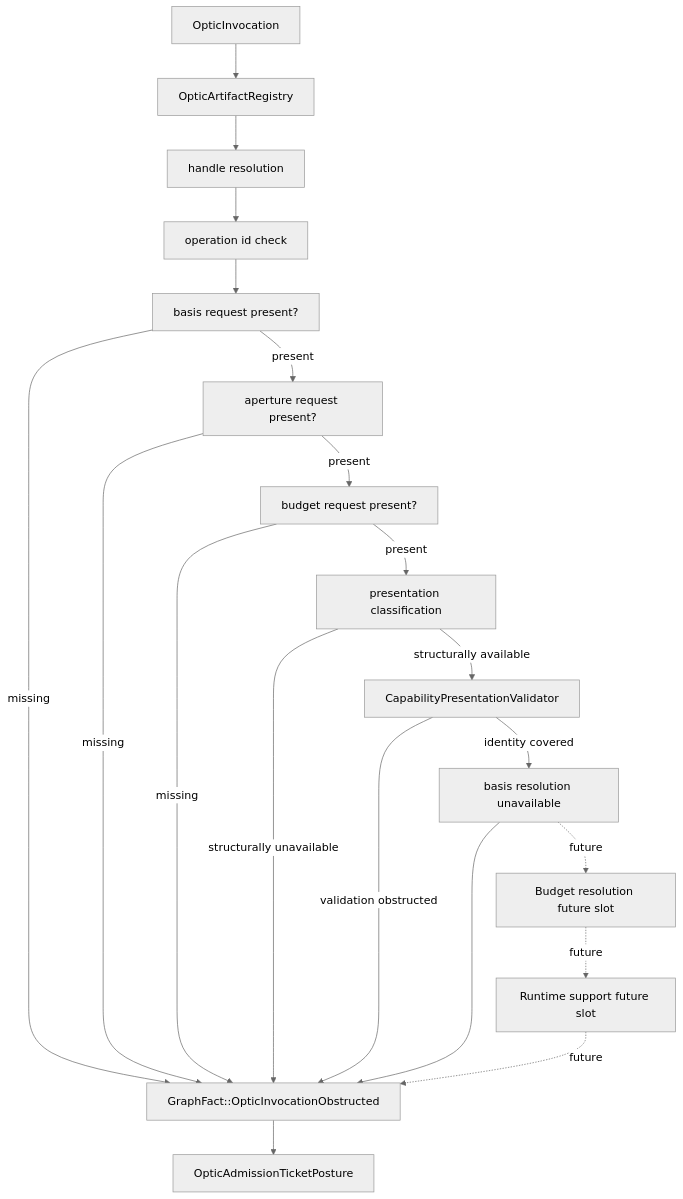
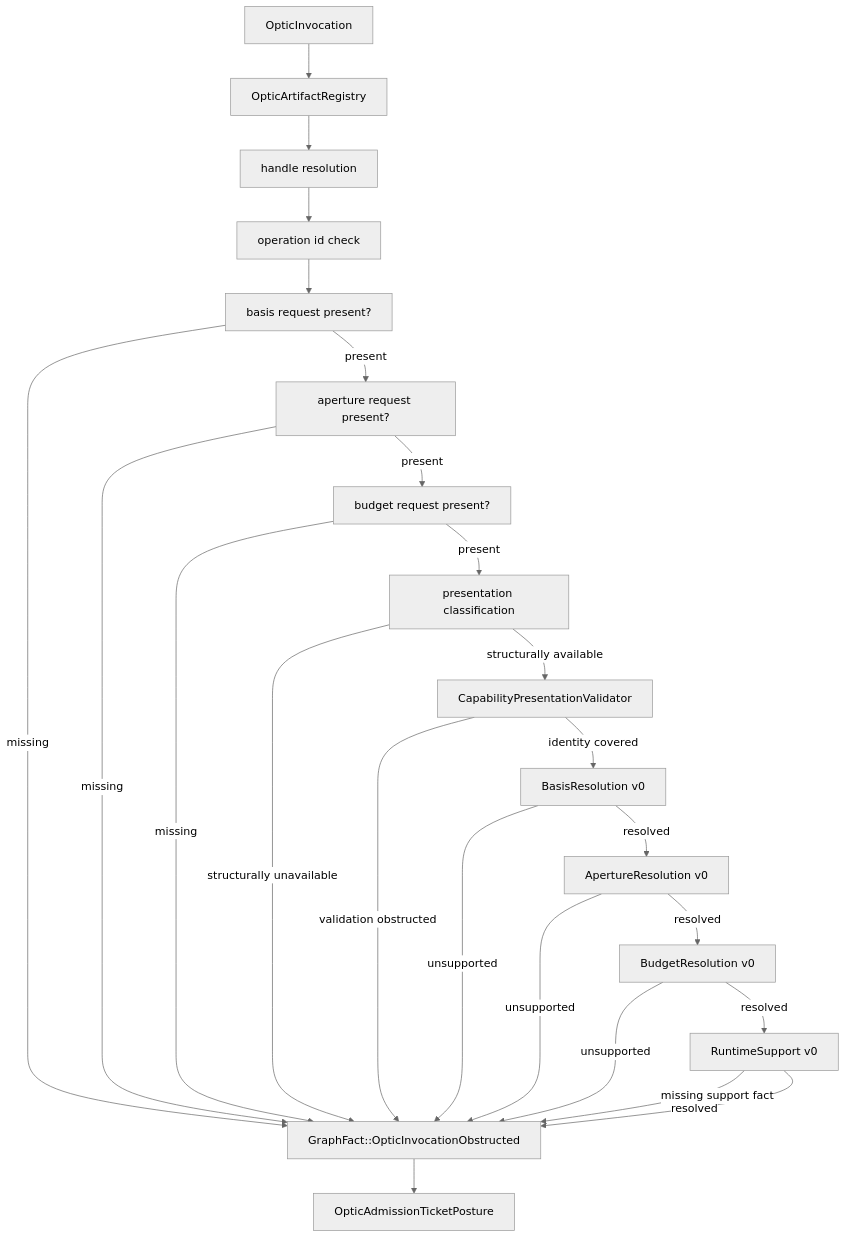
One commit to flyingrobots/echo changed the first of 4 diagrams in docs/design/budget-and-runtime-support-optic-admission.md. Above: the diagram before and after it, drawn with Mermaid (neutral theme). The commit also changed other lines of this file, not shown here.

Commit message:
docs: update budget and runtime support admission checkpoint

````diff
--- a/docs/design/budget-and-runtime-support-optic-admission.md
+++ b/docs/design/budget-and-runtime-support-optic-admission.md
@@ -72,37 +75,42 @@
 ```mermaid
 flowchart TD
   Invocation[OpticInvocation]
   Registry[OpticArtifactRegistry]
   Handle[handle resolution]
   Operation[operation id check]
   BasisPresence[basis request present?]
   AperturePresence[aperture request present?]
   BudgetPresence[budget request present?]
   Presentation[presentation classification]
   Validator[CapabilityPresentationValidator]
-  BasisResolution[basis resolution unavailable]
-  FutureBudget[Budget resolution future slot]
-  FutureSupport[Runtime support future slot]
+  BasisResolution[BasisResolution v0]
+  ApertureResolution[ApertureResolution v0]
+  BudgetResolution[BudgetResolution v0]
+  RuntimeSupport[RuntimeSupport v0]
   Fact[GraphFact::OpticInvocationObstructed]
   Posture[OpticAdmissionTicketPosture]
 
   Invocation --> Registry
   Registry --> Handle
   Handle --> Operation
   Operation --> BasisPresence
   BasisPresence -->|missing| Fact
   BasisPresence -->|present| AperturePresence
   AperturePresence -->|missing| Fact
   AperturePresence -->|present| BudgetPresence
   BudgetPresence -->|missing| Fact
   BudgetPresence -->|present| Presentation
   Presentation -->|structurally unavailable| Fact
   Presentation -->|structurally available| Validator
   Validator -->|identity covered| BasisResolution
   Validator -->|validation obstructed| Fact
-  BasisResolution --> Fact
-  BasisResolution -. future .-> FutureBudget
-  FutureBudget -. future .-> FutureSupport
-  FutureSupport -. future .-> Fact
+  BasisResolution -->|unsupported| Fact
+  BasisResolution -->|resolved| ApertureResolution
+  ApertureResolution -->|unsupported| Fact
+  ApertureResolution -->|resolved| BudgetResolution
+  BudgetResolution -->|unsupported| Fact
+  BudgetResolution -->|resolved| RuntimeSupport
+  RuntimeSupport -->|missing support fact| Fact
+  RuntimeSupport -->|resolved| Fact
   Fact --> Posture
 ```
````
